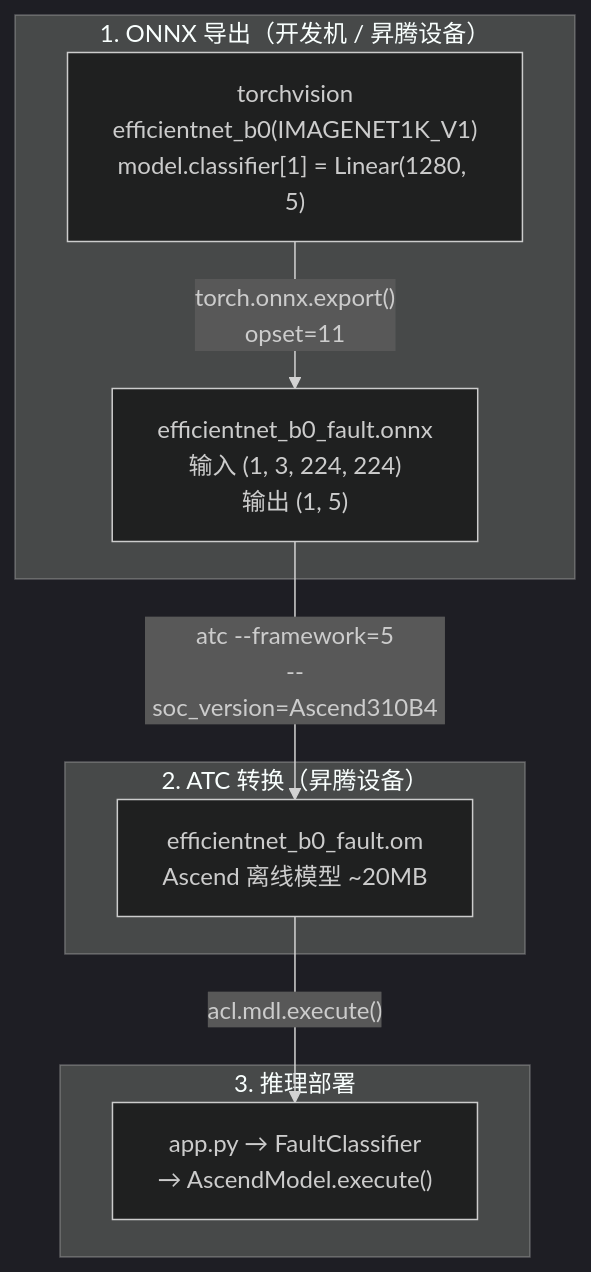
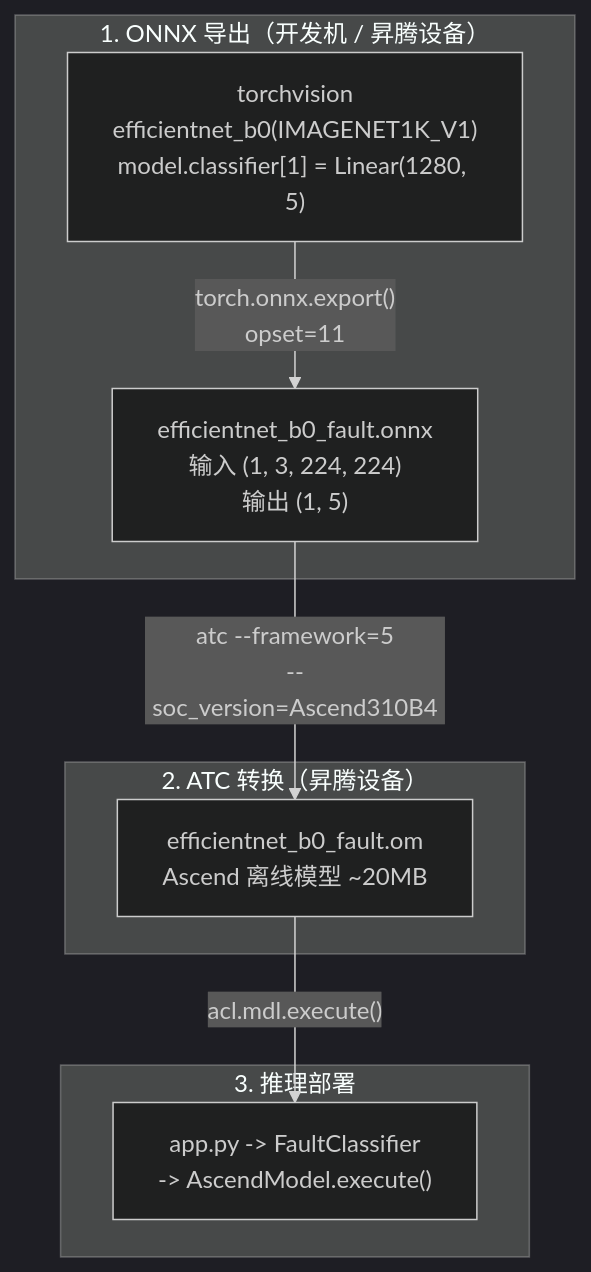
The fifth of 7 diagrams in src/experiment/case5.md (zhouxzh/Ascend310), drawn with Mermaid (dark theme) before and after one commit. The commit also changed other lines of this file and 51 other files, not shown here.

````diff
--- a/src/experiment/case5.md
+++ b/src/experiment/case5.md
@@ -312,19 +312,19 @@
 ```mermaid
 flowchart TD
     subgraph EXPORT["1. ONNX 导出（开发机 / 昇腾设备）"]
         TORCH["torchvision\nefficientnet_b0(IMAGENET1K_V1)\nmodel.classifier[1] = Linear(1280, 5)"]
         ONNX["efficientnet_b0_fault.onnx\n输入 (1, 3, 224, 224)\n输出 (1, 5)"]
     end
 
     subgraph CONVERT["2. ATC 转换（昇腾设备）"]
         OM["efficientnet_b0_fault.om\nAscend 离线模型 ~20MB"]
     end
 
     subgraph DEPLOY["3. 推理部署"]
-        APP["app.py → FaultClassifier\n→ AscendModel.execute()"]
+        APP["app.py -> FaultClassifier\n-> AscendModel.execute()"]
     end
 
     TORCH -->|"torch.onnx.export()\nopset=11"| ONNX
     ONNX -->|"atc --framework=5\n--soc_version=Ascend310B4"| OM
     OM -->|"acl.mdl.execute()"| APP
 ```
````
